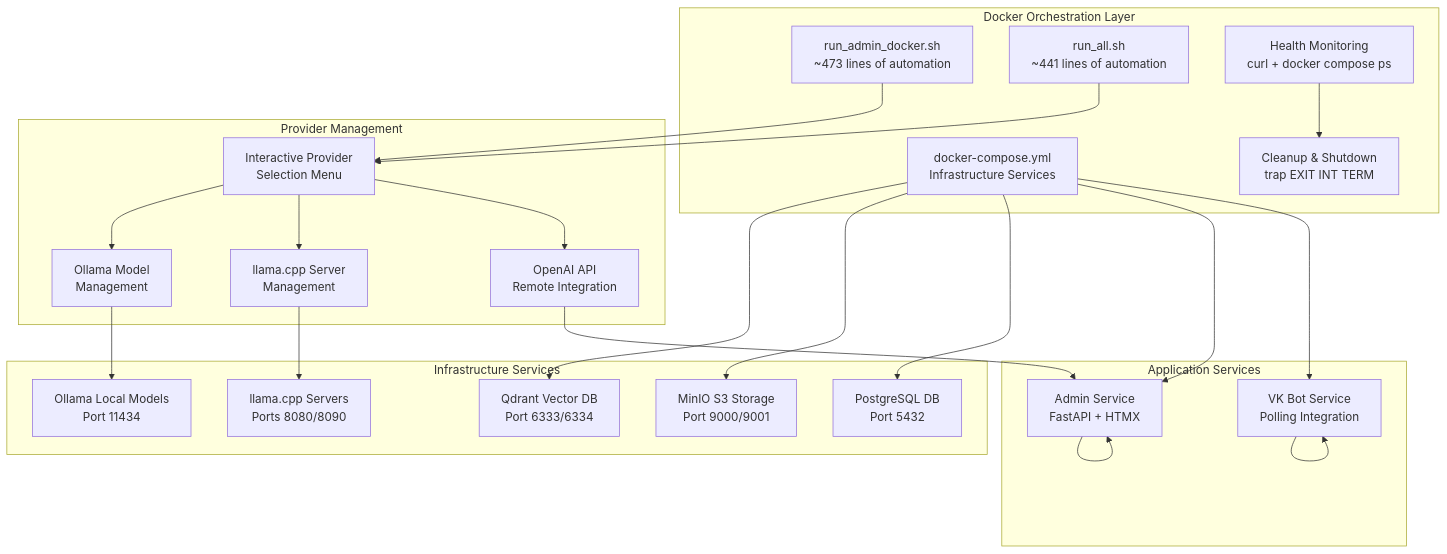
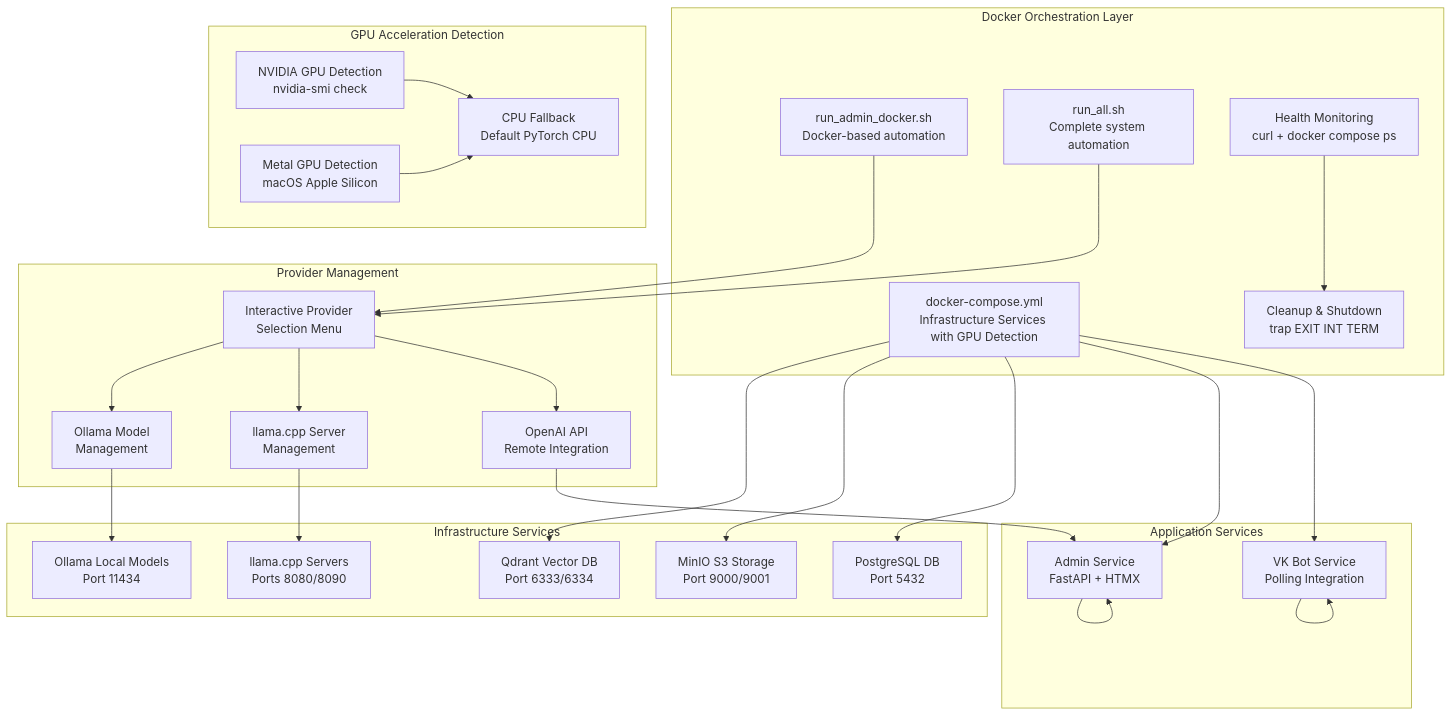
One commit to ognelis/cafetera_hr_bot changed the diagram in .qoder/repowiki/en/content/Development Workflow/Development Workflow.md. Above: the diagram before and after it, drawn with Mermaid. The commit also changed other lines of this file and 13 other files, not shown here.

````diff
--- a/.qoder/repowiki/en/content/Development Workflow/Development Workflow.md
+++ b/.qoder/repowiki/en/content/Development Workflow/Development Workflow.md
@@ -98,43 +99,50 @@
 ```mermaid
 graph TB
 subgraph "Docker Orchestration Layer"
-COMPOSE[docker-compose.yml<br/>Infrastructure Services]
-ADMIN_DOCKER[run_admin_docker.sh<br/>~473 lines of automation]
-ALL_DOCKER[run_all.sh<br/>~441 lines of automation]
+COMPOSE[docker-compose.yml<br/>Infrastructure Services with GPU Detection]
+ADMIN_DOCKER[run_admin_docker.sh<br/>Docker-based automation]
+ALL_DOCKER[run_all.sh<br/>Complete system automation]
 ENDPOINTS[Health Monitoring<br/>curl + docker compose ps]
 CLEANUP[Cleanup & Shutdown<br/>trap EXIT INT TERM]
 end
 subgraph "Infrastructure Services"
 QDRANT[Qdrant Vector DB<br/>Port 6333/6334]
 MINIO[MinIO S3 Storage<br/>Port 9000/9001]
 POSTGRES[PostgreSQL DB<br/>Port 5432]
 OLLAMA[Ollama Local Models<br/>Port 11434]
 LLAMACPP[llama.cpp Servers<br/>Ports 8080/8090]
 end
 subgraph "Application Services"
 ADMIN[Admin Service<br/>FastAPI + HTMX]
 VK_BOT[VK Bot Service<br/>Polling Integration]
 end
 subgraph "Provider Management"
 PROVIDER_SEL[Interactive Provider<br/>Selection Menu]
 OLLAMA_MAN[Ollama Model<br/>Management]
 LLAMACPP_MAN[llama.cpp Server<br/>Management]
 OPENAI_MAN[OpenAI API<br/>Remote Integration]
 end
+subgraph "GPU Acceleration Detection"
+GPU_DETECT[NVIDIA GPU Detection<br/>nvidia-smi check]
+MAC_GPU[Metal GPU Detection<br/>macOS Apple Silicon]
+CPU_FALLBACK[CPU Fallback<br/>Default PyTorch CPU]
+end
 COMPOSE --> QDRANT
 COMPOSE --> MINIO
 COMPOSE --> POSTGRES
 COMPOSE --> ADMIN
 COMPOSE --> VK_BOT
 ADMIN_DOCKER --> PROVIDER_SEL
 ALL_DOCKER --> PROVIDER_SEL
 PROVIDER_SEL --> OLLAMA_MAN
 PROVIDER_SEL --> LLAMACPP_MAN
 PROVIDER_SEL --> OPENAI_MAN
 OLLAMA_MAN --> OLLAMA
 LLAMACPP_MAN --> LLAMACPP
 OPENAI_MAN --> ADMIN
 ADMIN --> ADMIN
 VK_BOT --> VK_BOT
+GPU_DETECT --> CPU_FALLBACK
+MAC_GPU --> CPU_FALLBACK
 ENDPOINTS --> CLEANUP
 ```
````
